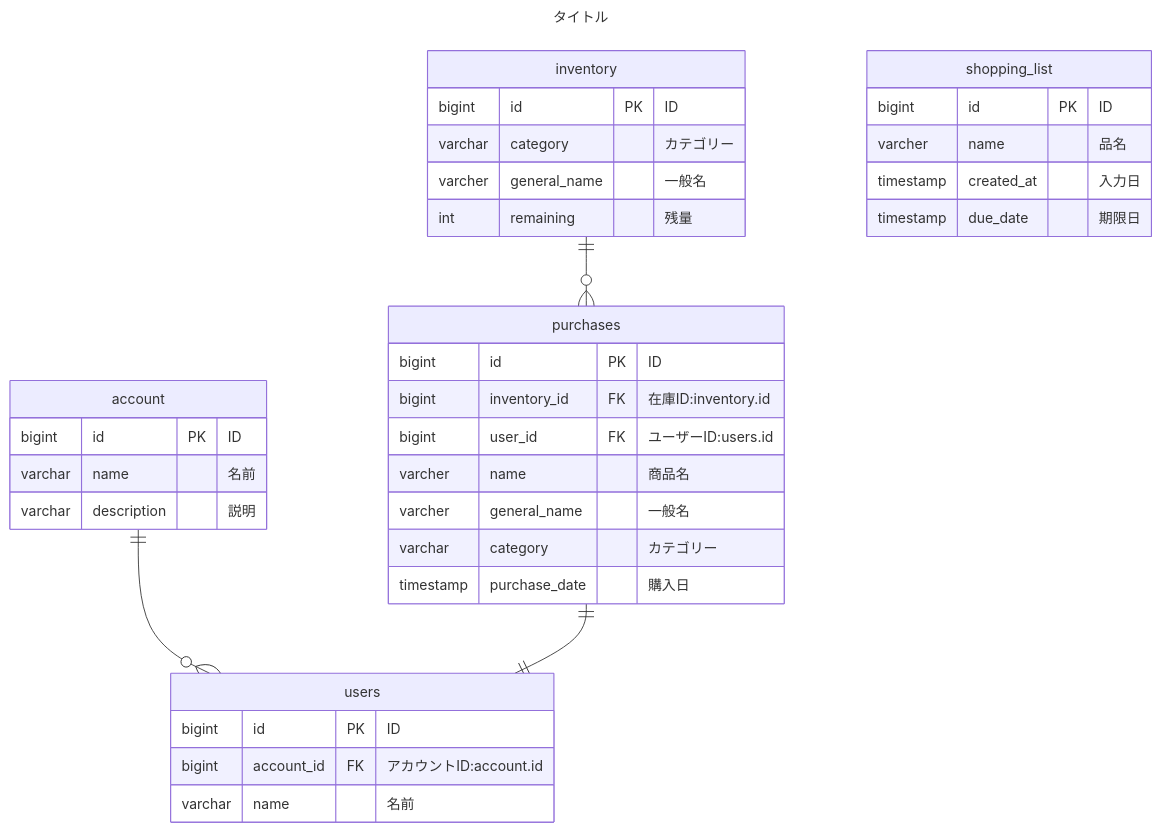
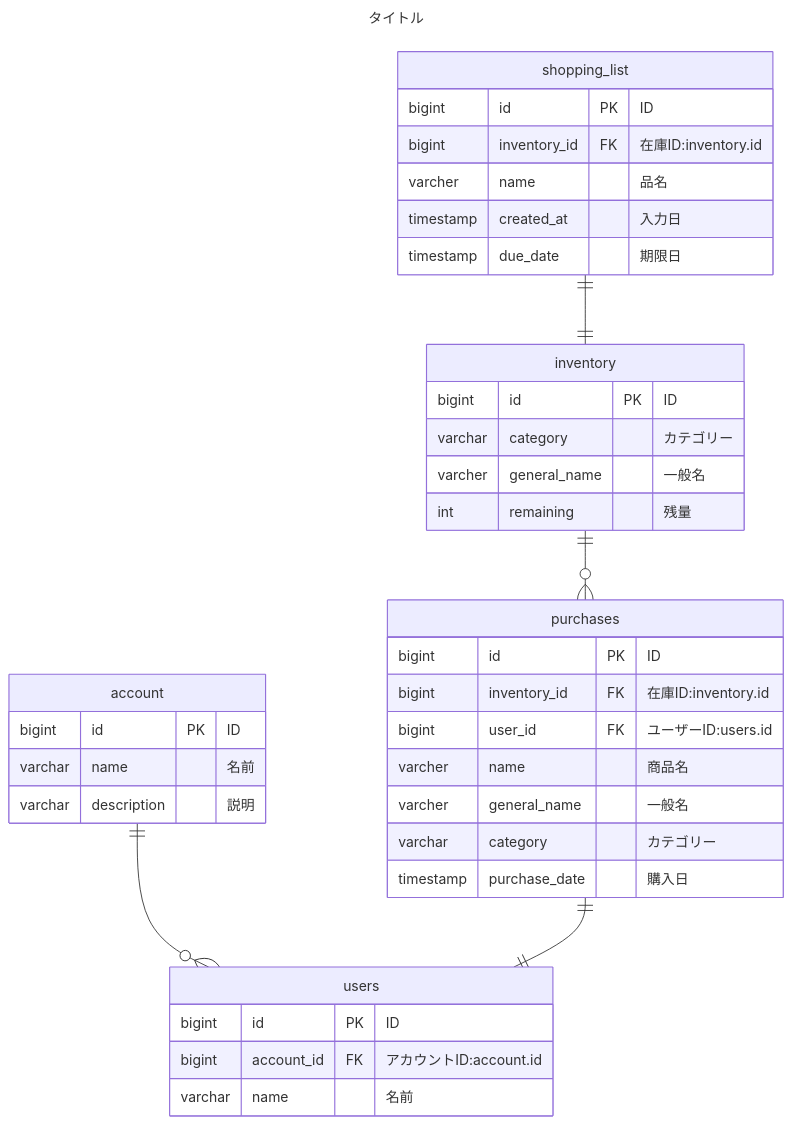
One commit to kurutto/fridge-inventory changed the diagram in doc/fridge-inventory.md. Above: the diagram before and after it, drawn with Mermaid.

Commit message:
不足していたリレーションの追加

````diff
--- a/doc/fridge-inventory.md
+++ b/doc/fridge-inventory.md
@@ -5,42 +5,44 @@
 ```mermaid
 ---
 title: "タイトル"
 ---
 erDiagram
 
     account ||--o{ users : ""
     inventory ||--o{ purchases : ""
     purchases ||--|| users : ""
+    shopping_list ||--|| inventory : ""
 
     account {
         bigint id PK "ID"
         varchar name "名前"
         varchar description "説明"
     }
     users {
         bigint id PK "ID"
         bigint account_id FK "アカウントID:account.id"
         varchar name "名前"
     }
     inventory {
         bigint id PK "ID"
         varchar category "カテゴリー"
         varcher general_name "一般名"
         int remaining "残量"
     }
     purchases {
         bigint id PK "ID"
         bigint inventory_id FK "在庫ID:inventory.id"
         bigint user_id FK "ユーザーID:users.id"
         varcher name "商品名"
         varcher general_name "一般名"
         varchar category "カテゴリー"
         timestamp purchase_date "購入日"
     }
     shopping_list {
         bigint id PK "ID"
+        bigint inventory_id FK "在庫ID:inventory.id"
         varcher name "品名"
         timestamp created_at "入力日"
         timestamp due_date "期限日"
     }
 ```
````
